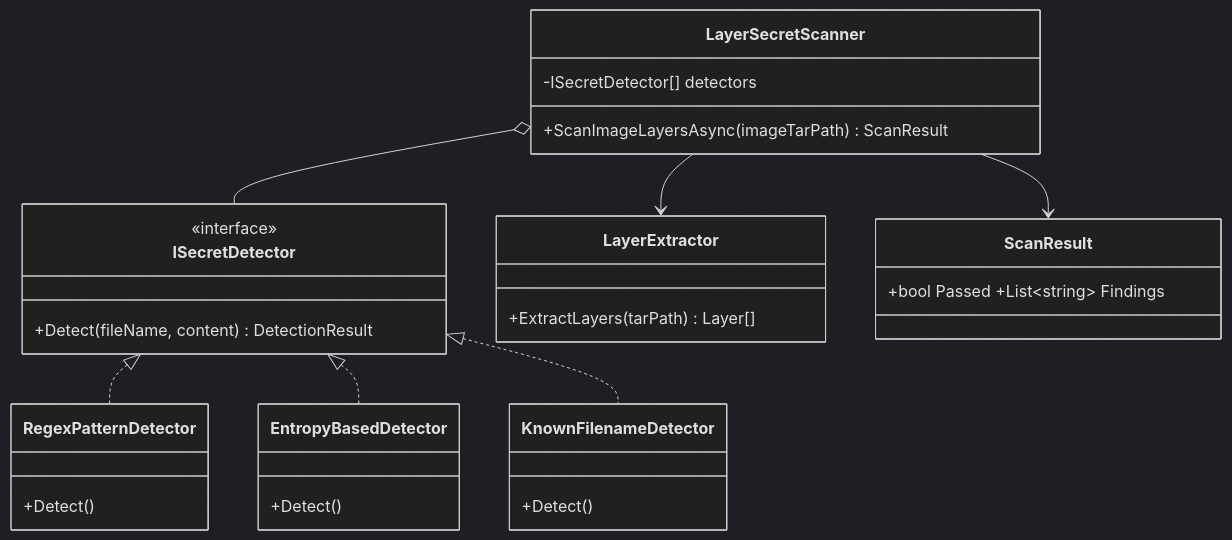
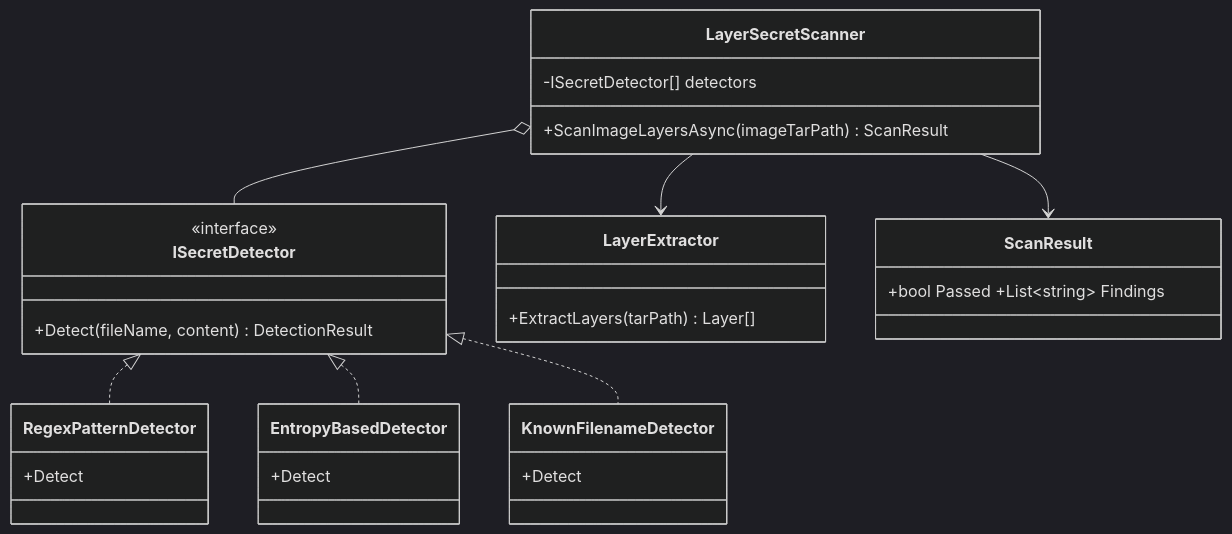
Before and after one commit to umashankarp/InterviewQuestions: the third of 4 diagrams in 24-Docker/01-Images-Layers-UnionFilesystem.md, drawn with Mermaid (dark theme). The commit also changed other lines of this file and 173 other files, not shown here.

````diff
--- a/24-Docker/01-Images-Layers-UnionFilesystem.md
+++ b/24-Docker/01-Images-Layers-UnionFilesystem.md
@@ -450,23 +450,23 @@
 ```mermaid
 classDiagram
-    class LayerSecretScanner {
-        -ISecretDetector[] detectors
-        +ScanImageLayersAsync(imageTarPath) ScanResult
-    }
-    class ISecretDetector {
-        <<interface>>
-        +Detect(fileName, content) DetectionResult
-    }
-    class RegexPatternDetector { +Detect() }
-    class EntropyBasedDetector { +Detect() }
-    class KnownFilenameDetector { +Detect() }
-    class LayerExtractor { +ExtractLayers(tarPath) Layer[] }
-    class ScanResult { +bool Passed +List~string~ Findings }
+ class LayerSecretScanner {
+ -ISecretDetector[] detectors
+ +ScanImageLayersAsync(imageTarPath) ScanResult
+ }
+ class ISecretDetector {
+ <<interface>>
+ +Detect(fileName, content) DetectionResult
+ }
+ class RegexPatternDetector { +Detect }
+ class EntropyBasedDetector { +Detect }
+ class KnownFilenameDetector { +Detect }
+ class LayerExtractor { +ExtractLayers(tarPath) Layer[] }
+ class ScanResult { +bool Passed +List~string~ Findings }
 
-    LayerSecretScanner o-- ISecretDetector
-    LayerSecretScanner --> LayerExtractor
-    LayerSecretScanner --> ScanResult
-    ISecretDetector <|.. RegexPatternDetector
-    ISecretDetector <|.. EntropyBasedDetector
-    ISecretDetector <|.. KnownFilenameDetector
+ LayerSecretScanner o-- ISecretDetector
+ LayerSecretScanner --> LayerExtractor
+ LayerSecretScanner --> ScanResult
+ ISecretDetector <|.. RegexPatternDetector
+ ISecretDetector <|.. EntropyBasedDetector
+ ISecretDetector <|.. KnownFilenameDetector
 ```
````
